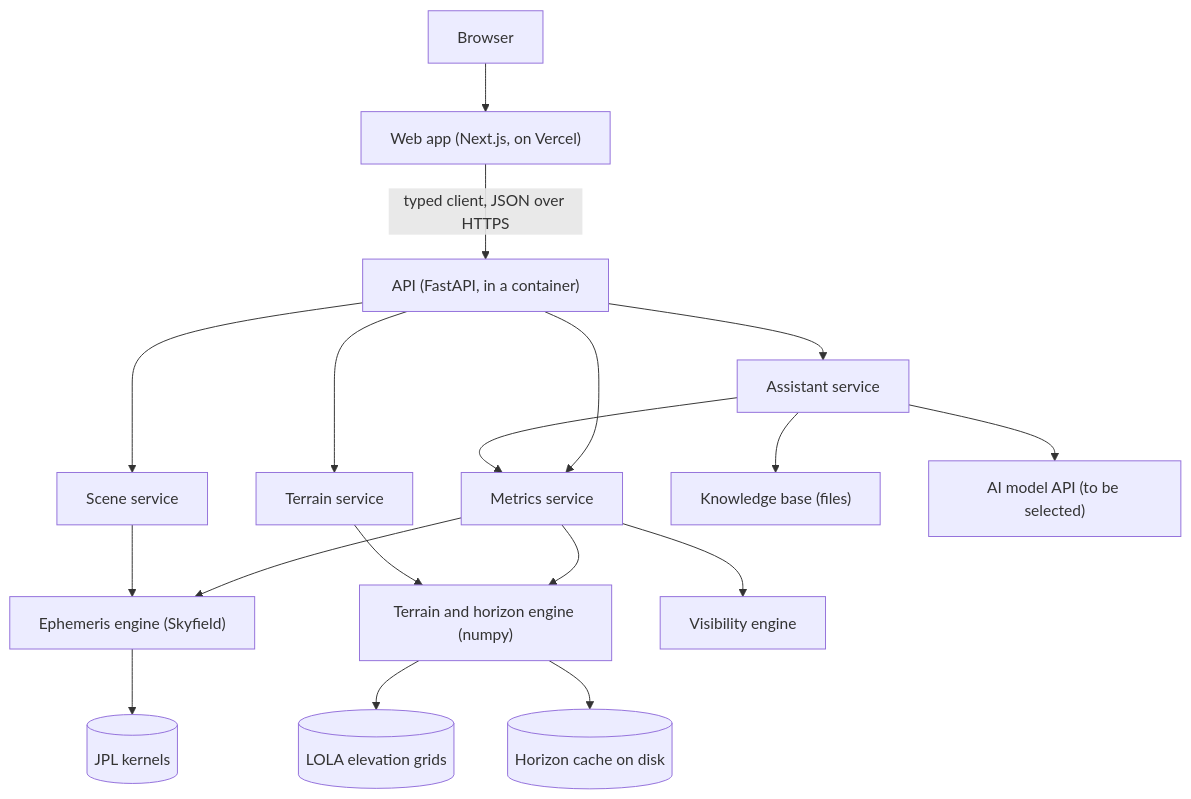
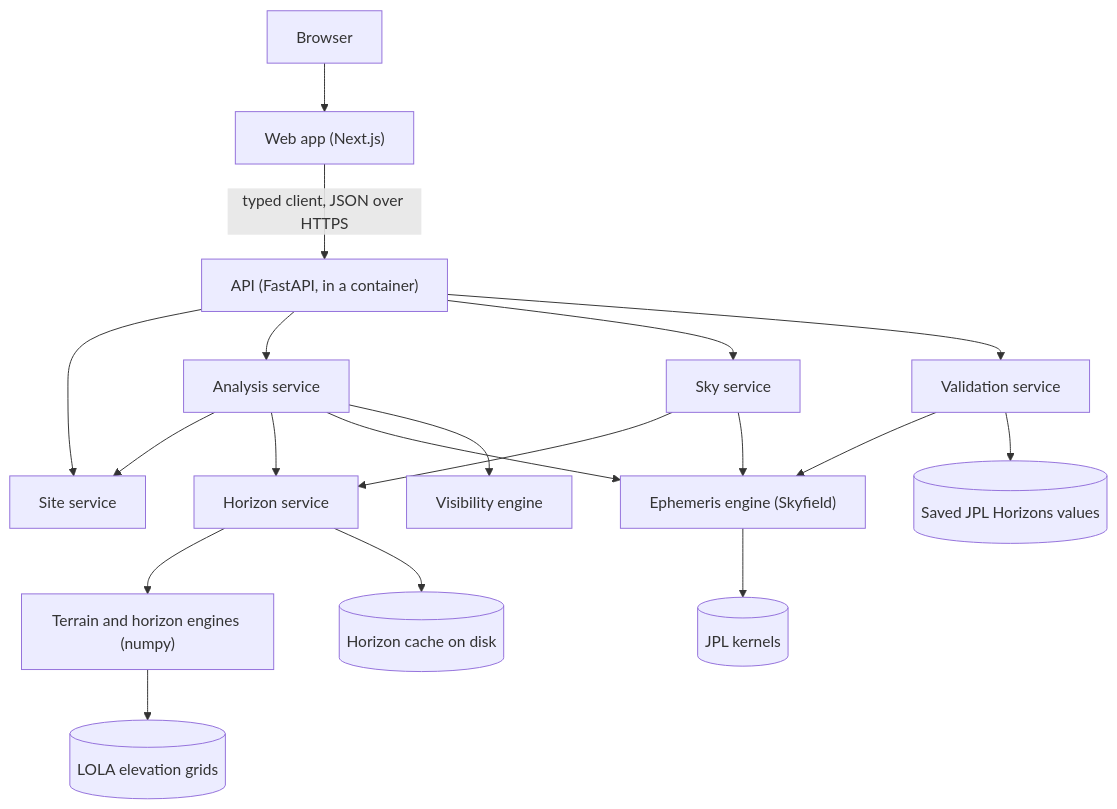
The diagram in docs/architecture/system-overview.md (itani-jr-404/moonmaps), drawn with Mermaid before and after one commit. The commit also changed other lines of this file and 183 other files, not shown here.

First line of the commit message:
feat: build the API and port the web app to Next.js (#3)

````diff
--- a/docs/architecture/system-overview.md
+++ b/docs/architecture/system-overview.md
@@ -21,23 +21,24 @@
 ```mermaid
 flowchart TD
-  U["Browser"] --> W["Web app (Next.js, on Vercel)"]
+  U["Browser"] --> W["Web app (Next.js)"]
   W -->|"typed client, JSON over HTTPS"| A["API (FastAPI, in a container)"]
 
-  A --> MS["Metrics service"]
-  A --> SS["Scene service"]
-  A --> TS["Terrain service"]
-  A --> AS["Assistant service"]
+  A --> SI["Site service"]
+  A --> AN["Analysis service"]
+  A --> SK["Sky service"]
+  A --> VA["Validation service"]
 
-  MS --> EE["Ephemeris engine (Skyfield)"]
-  MS --> HE["Terrain and horizon engine (numpy)"]
-  MS --> VE["Visibility engine"]
-  SS --> EE
-  TS --> HE
-  AS --> KB["Knowledge base (files)"]
-  AS --> LLM["AI model API (to be selected)"]
-  AS --> MS
+  AN --> SI
+  AN --> HS["Horizon service"]
+  SK --> HS
+  AN --> EE["Ephemeris engine (Skyfield)"]
+  SK --> EE
+  VA --> EE
+  AN --> VE["Visibility engine"]
+  HS --> HE["Terrain and horizon engines (numpy)"]
 
   EE --> K[("JPL kernels")]
   HE --> G[("LOLA elevation grids")]
-  HE --> C[("Horizon cache on disk")]
+  HS --> C[("Horizon cache on disk")]
+  VA --> R[("Saved JPL Horizons values")]
 ```
````
